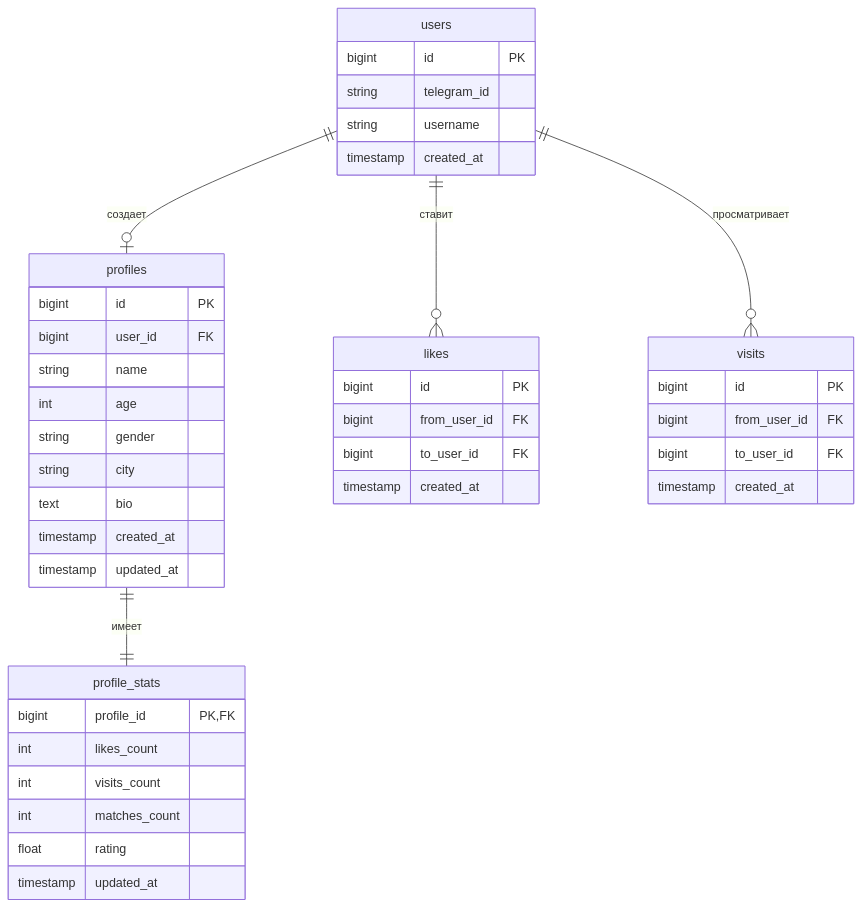
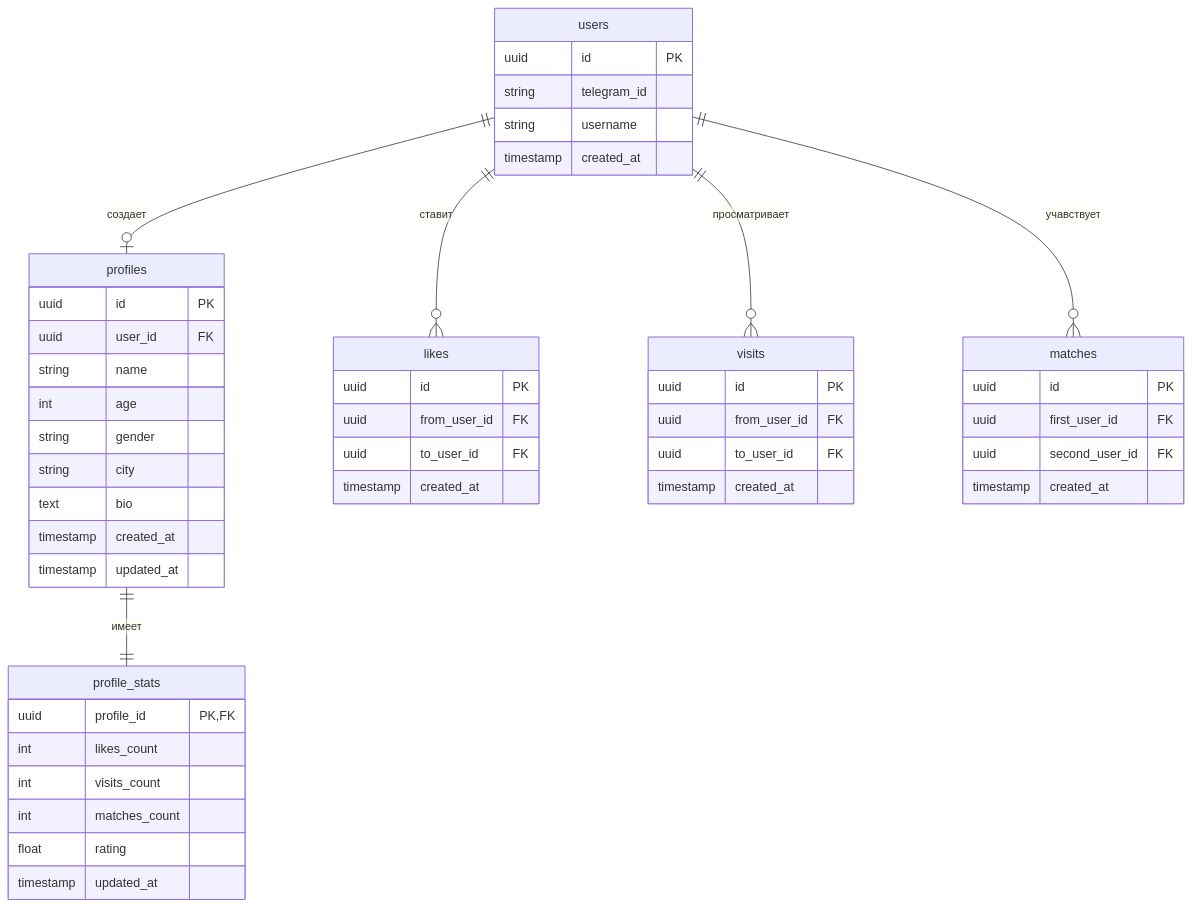
One commit to sirdyyz/DatingBot changed the second of 2 diagrams in README.md. Above: the diagram before and after it, drawn with Mermaid. The commit also changed other lines of this file and 13 other files, not shown here.

````diff
--- a/README.md
+++ b/README.md
@@ -159,49 +159,57 @@
 ```mermaid
 erDiagram
     users ||--o| profiles : "создает"
     users ||--o{ likes : "ставит"
     users ||--o{ visits : "просматривает"
+    users ||--o{ matches : "учавствует"
     profiles ||--|| profile_stats : "имеет"
 
     users {
-        bigint id PK
+        uuid id PK
         string telegram_id
         string username
         timestamp created_at
     }
 
     profiles {
-        bigint id PK
-        bigint user_id FK
+        uuid id PK
+        uuid user_id FK
         string name
         int age
         string gender
         string city
         text bio
         timestamp created_at
         timestamp updated_at
     }
 
     likes {
-        bigint id PK
-        bigint from_user_id FK
-        bigint to_user_id FK
+        uuid id PK
+        uuid from_user_id FK
+        uuid to_user_id FK
+        timestamp created_at
+    }
+
+    matches {
+        uuid id PK
+        uuid first_user_id FK
+        uuid second_user_id FK
         timestamp created_at
     }
 
     visits {
-        bigint id PK
-        bigint from_user_id FK
-        bigint to_user_id FK
+        uuid id PK
+        uuid from_user_id FK
+        uuid to_user_id FK
         timestamp created_at
     }
 
     profile_stats {
-        bigint profile_id PK, FK
+        uuid profile_id PK, FK
         int likes_count
         int visits_count
         int matches_count
         float rating
         timestamp updated_at
     }
 ```
````
